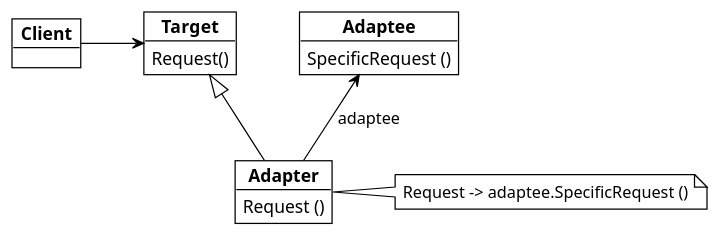
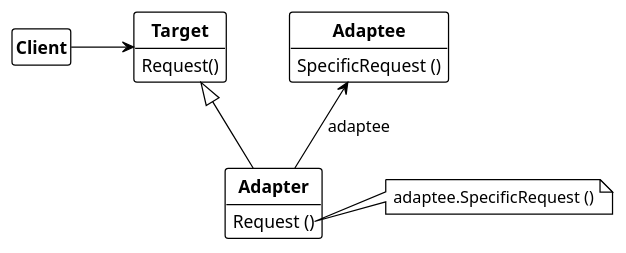
One commit to dst80/design-patterns changed the second of 2 diagrams in structural_pattern/adapter/adapter.md. Above: the diagram before and after it, drawn with PlantUML. The commit also changed other lines of this file and 10 other files, not shown here.

````diff
--- a/structural_pattern/adapter/adapter.md
+++ b/structural_pattern/adapter/adapter.md
@@ -51,28 +56,33 @@
 ```plantuml
 @startuml adapter_by_composition
 !theme plain
 skinparam nodesep 50
 skinparam ranksep 50
+hide circle
+hide fields
 
-object "**Client**" as client
-object "**Target**" as target {
+
+class "**Client**" as client
+hide client members
+
+class "**Target**" as target {
     Request()
 }
 
-object "**Adapter**" as adapter {
+class "**Adapter**" as adapter {
     Request ()
 }
 
-note right of adapter
-    Request -> adaptee.SpecificRequest ()
+note right of adapter::Request
+    adaptee.SpecificRequest ()
 end note
 
-object "**Adaptee**" as adaptee {
+class "**Adaptee**" as adaptee {
     SpecificRequest ()
 }
 
 client -r--> target
 target <|-- adapter
 adaptee <-- adapter : adaptee
 @enduml
 ```
````
